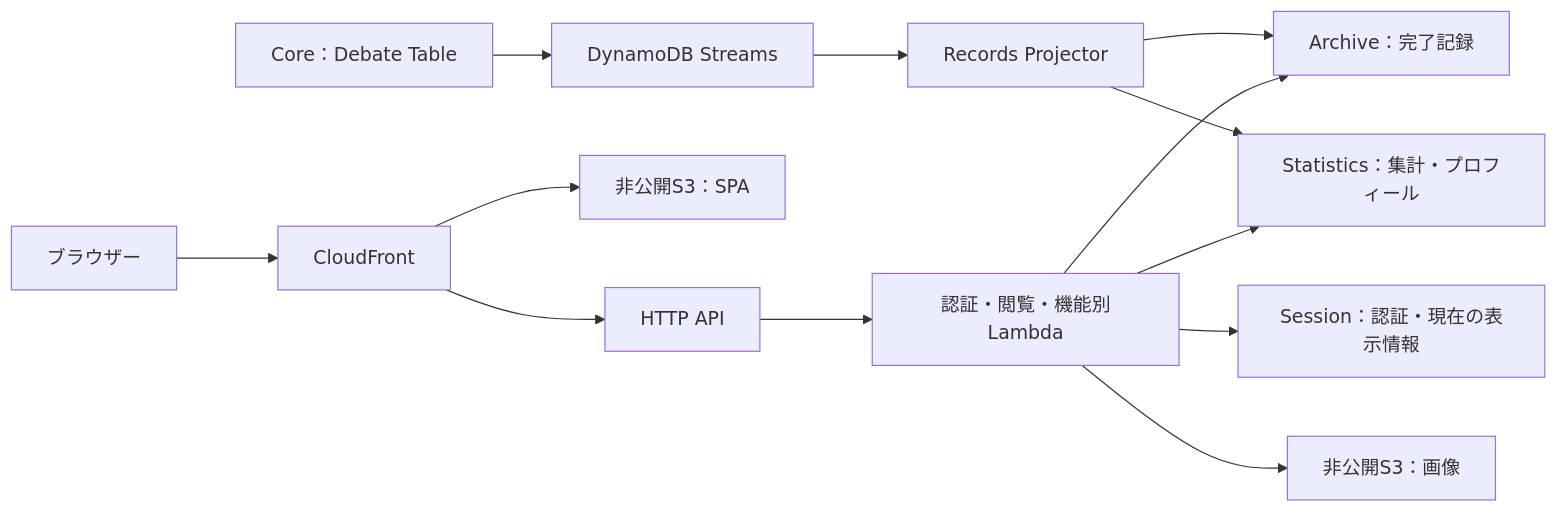
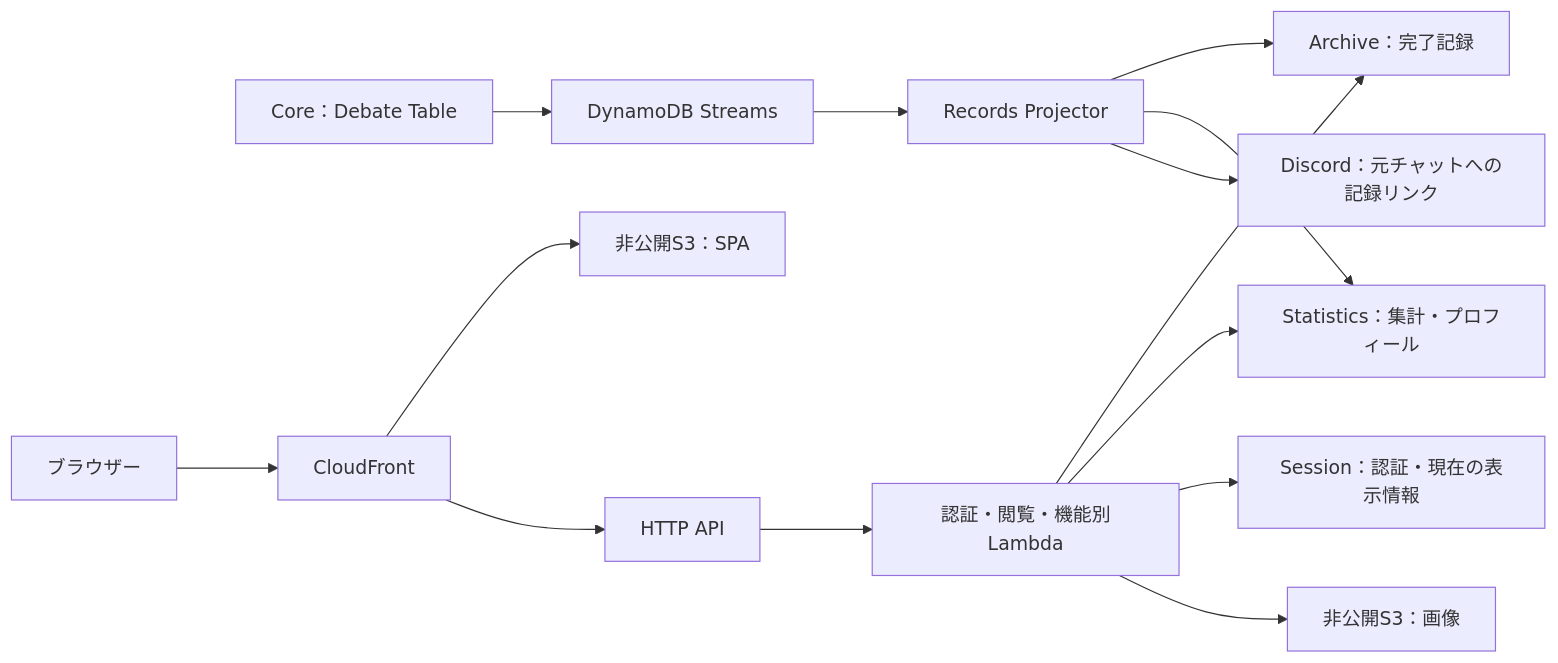
Before and after one commit to pitekusu/shittim-chest: the diagram in docs/24_シッテムの箱 議事録設計.md, drawn with Mermaid. The commit also changed other lines of this file and 33 other files, not shown here.

````diff
--- a/docs/24_シッテムの箱 議事録設計.md
+++ b/docs/24_シッテムの箱 議事録設計.md
@@ -44,15 +44,16 @@
 ```mermaid
 flowchart LR
   D["Core：Debate Table"] --> S["DynamoDB Streams"]
   S --> P["Records Projector"]
   P --> A["Archive：完了記録"]
   P --> T["Statistics：集計・プロフィール"]
+  P --> N["Discord：元チャットへの記録リンク"]
   B["ブラウザー"] --> C["CloudFront"]
   C --> W["非公開S3：SPA"]
   C --> H["HTTP API"]
   H --> F["認証・閲覧・機能別Lambda"]
   F --> A
   F --> T
   F --> U["Session：認証・現在の表示情報"]
   F --> M["非公開S3：画像"]
 ```
````
